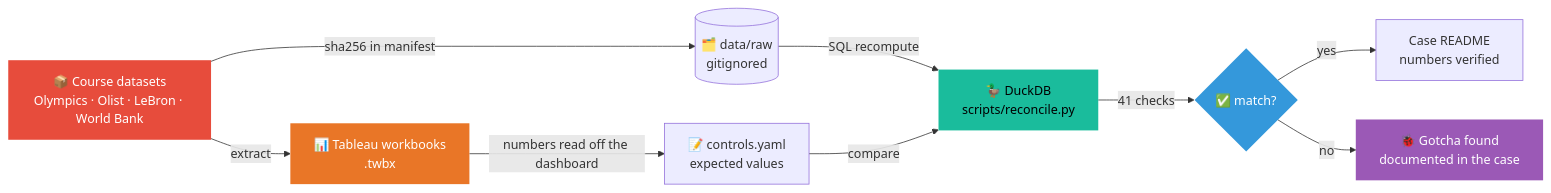
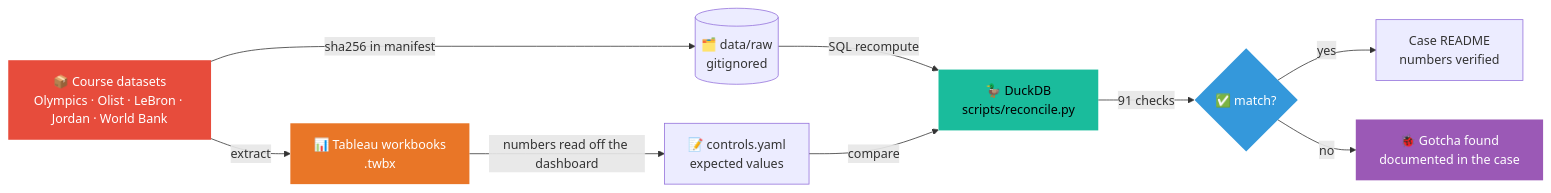
Before and after one commit to evgeniimatveev/tableau-business-cases: the diagram in README.md, drawn with Mermaid. The commit also changed other lines of this file and 17 other files, not shown here.

````diff
--- a/README.md
+++ b/README.md
@@ -44,17 +49,17 @@
 ```mermaid
 flowchart LR
-    A["📦 Course datasets<br/>Olympics · Olist · LeBron · World Bank"] -->|sha256 in manifest| B[("🗂️ data/raw<br/>gitignored")]
+    A["📦 Course datasets<br/>Olympics · Olist · LeBron · Jordan · World Bank"] -->|sha256 in manifest| B[("🗂️ data/raw<br/>gitignored")]
     A -->|extract| T["📊 Tableau workbooks<br/>.twbx"]
     T -->|"numbers read off the dashboard"| C["📝 controls.yaml<br/>expected values"]
     B -->|"SQL recompute"| D["🦆 DuckDB<br/>scripts/reconcile.py"]
     C -->|compare| D
-    D -->|"41 checks"| E{"✅ match?"}
+    D -->|"91 checks"| E{"✅ match?"}
     E -->|yes| F["Case README<br/>numbers verified"]
     E -->|no| G["🐞 Gotcha found<br/>documented in the case"]
 
     style A fill:#e74c3c,color:#fff,stroke:none
     style T fill:#E97627,color:#fff,stroke:none
     style D fill:#1abc9c,color:#000,stroke:none
     style E fill:#3498db,color:#fff,stroke:none
     style G fill:#9b59b6,color:#fff,stroke:none
 ```
````
